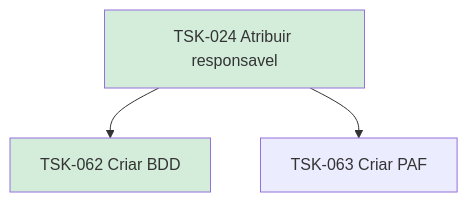
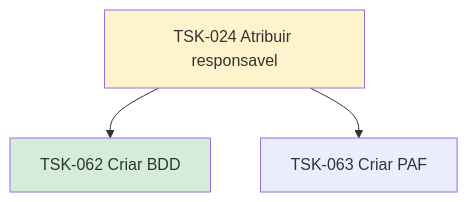
Before and after one commit to laerciogermano/workstation: the diagram in flow/tasks/TSK-001-criar-epico/TSK-002-criar-as-historias/TSK-005-gantt/TSK-024-atribuir-responsavel/README.md, drawn with Mermaid. The commit also changed other lines of this file and 53 other files, not shown here.

````diff
--- a/flow/tasks/TSK-001-criar-epico/TSK-002-criar-as-historias/TSK-005-gantt/TSK-024-atribuir-responsavel/README.md
+++ b/flow/tasks/TSK-001-criar-epico/TSK-002-criar-as-historias/TSK-005-gantt/TSK-024-atribuir-responsavel/README.md
@@ -12,10 +12,10 @@
 ```mermaid
 flowchart TD
   T024[TSK-024 Atribuir responsavel]
   T062[TSK-062 Criar BDD]
   T063[TSK-063 Criar PAF]
   T024 --> T062
   T024 --> T063
-  style T024 fill:#d4edda
+  style T024 fill:#fff3cd
   style T062 fill:#d4edda
 ```
````
